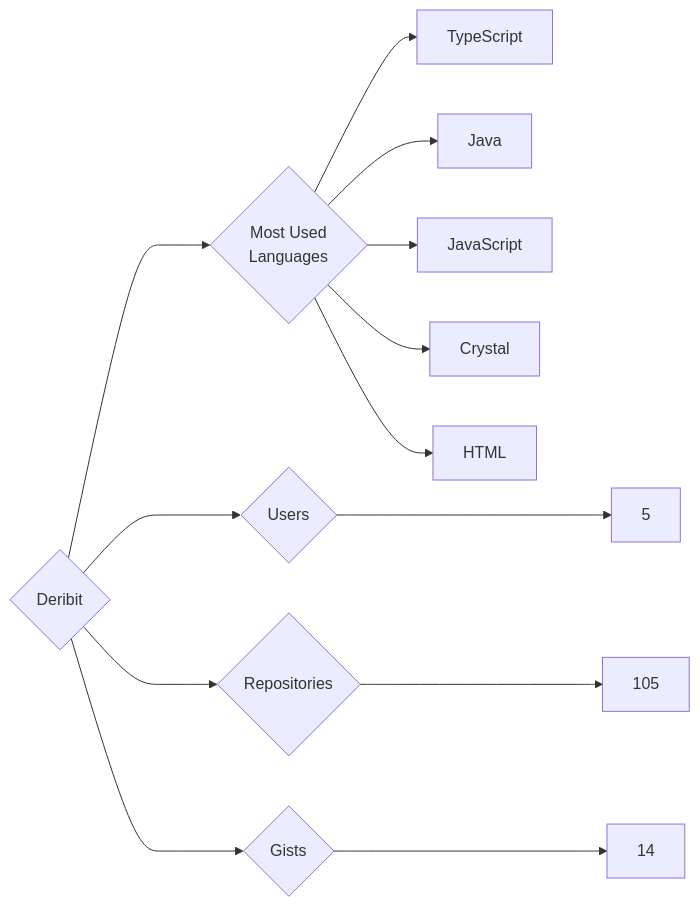
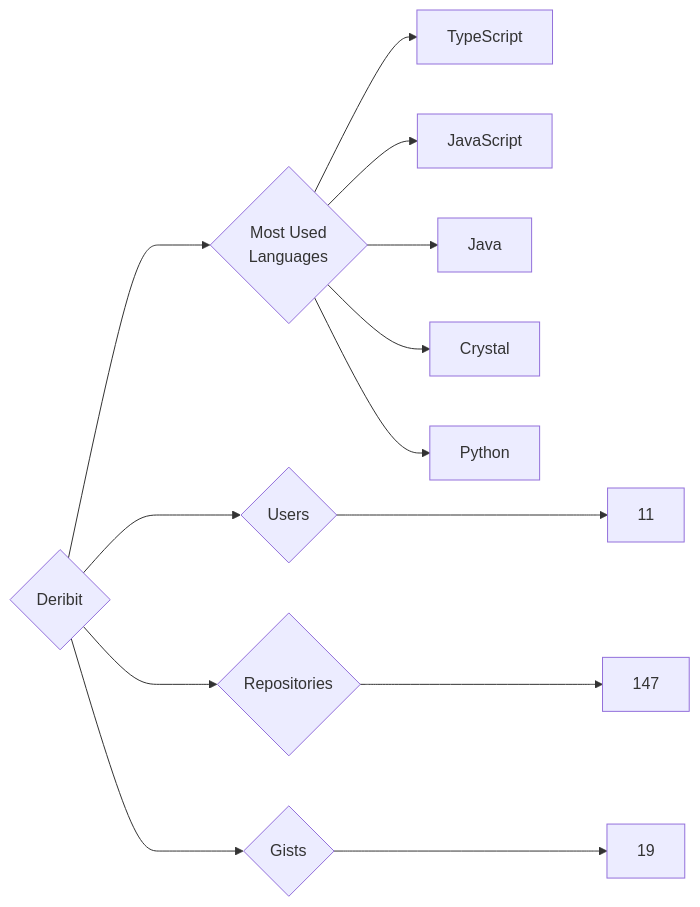
One commit to trickest/insiders changed the diagram in targets/Deribit/README.md. Above: the diagram before and after it, drawn with Mermaid. The commit also changed 1020 other files, not shown here.

````diff
--- a/targets/Deribit/README.md
+++ b/targets/Deribit/README.md
@@ -3,13 +3,13 @@
 ```mermaid
 graph LR
 COMPANY_NAME{Deribit}
-COMPANY_NAME ---> U{Users} ---> UN[5]
-COMPANY_NAME ---> R{Repositories} ---> RN[105]
-COMPANY_NAME ---> G{Gists} ---> GN[14]
+COMPANY_NAME ---> U{Users} ---> UN[11]
+COMPANY_NAME ---> R{Repositories} ---> RN[147]
+COMPANY_NAME ---> G{Gists} ---> GN[19]
 COMPANY_NAME ---> ML{Most Used<br>Languages}
 ML --> TypeScript[TypeScript]
+ML --> JavaScript[JavaScript]
 ML --> Java[Java]
-ML --> JavaScript[JavaScript]
 ML --> Crystal[Crystal]
-ML --> HTML[HTML]
+ML --> Python[Python]
 ```
````
